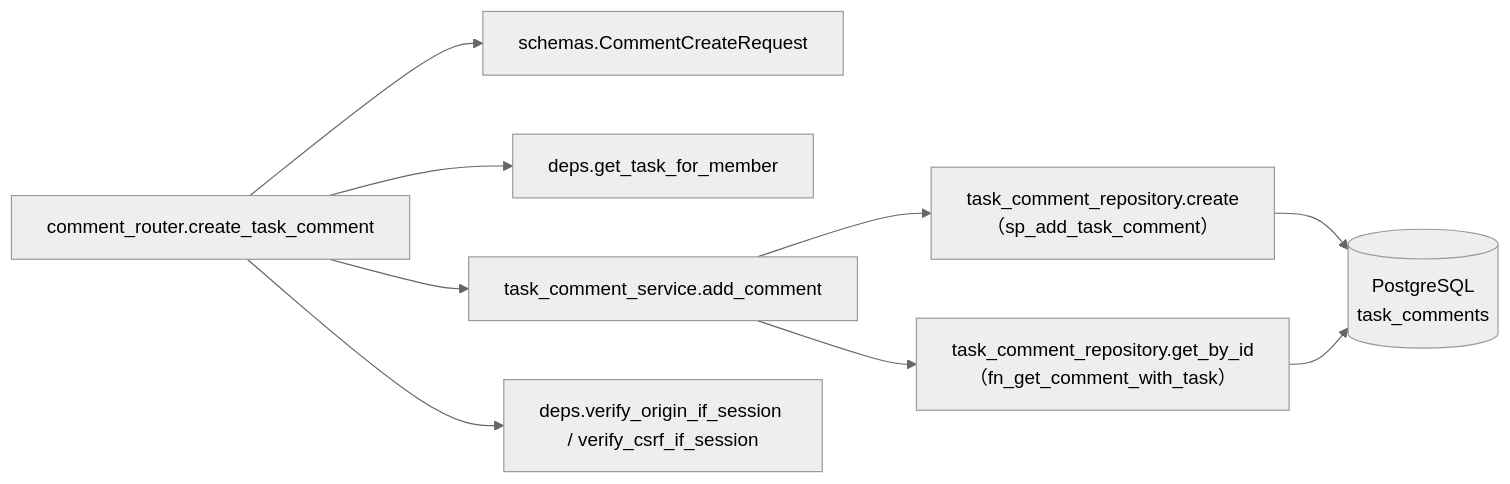
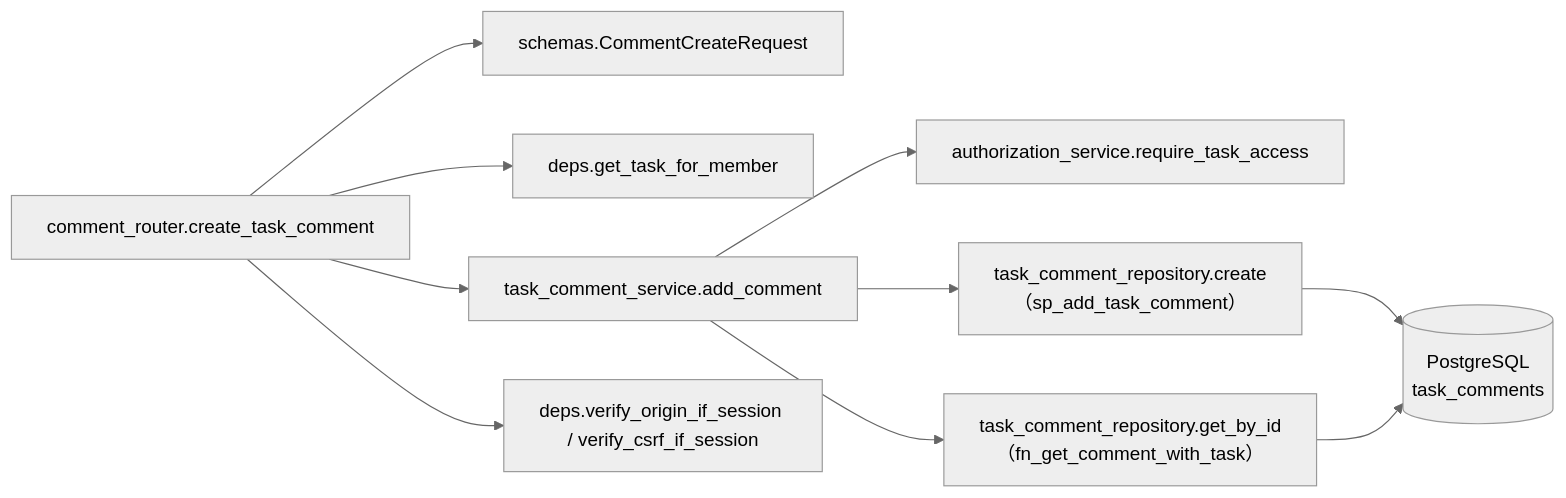
Before and after one commit to oikawa-d/task_management: the third of 4 diagrams in docs/detailed_design/api/tasks/07_post_task_comments.md, drawn with Mermaid (neutral theme). The commit also changed other lines of this file and 2 other files, not shown here.

````diff
--- a/docs/detailed_design/api/tasks/07_post_task_comments.md
+++ b/docs/detailed_design/api/tasks/07_post_task_comments.md
@@ -207,11 +216,12 @@
 ```mermaid
 flowchart LR
     R["comment_router.create_task_comment"] --> Sch["schemas.CommentCreateRequest"]
     R --> D["deps.get_task_for_member"]
     R --> S["task_comment_service.add_comment"]
+    S --> A["authorization_service.require_task_access"]
     S --> TR["task_comment_repository.create<br/>（sp_add_task_comment）"]
     S --> GET["task_comment_repository.get_by_id<br/>（fn_get_comment_with_task）"]
     TR --> DB[("PostgreSQL<br/>task_comments")]
     GET --> DB
     R --> V["deps.verify_origin_if_session / verify_csrf_if_session"]
 ```
````
